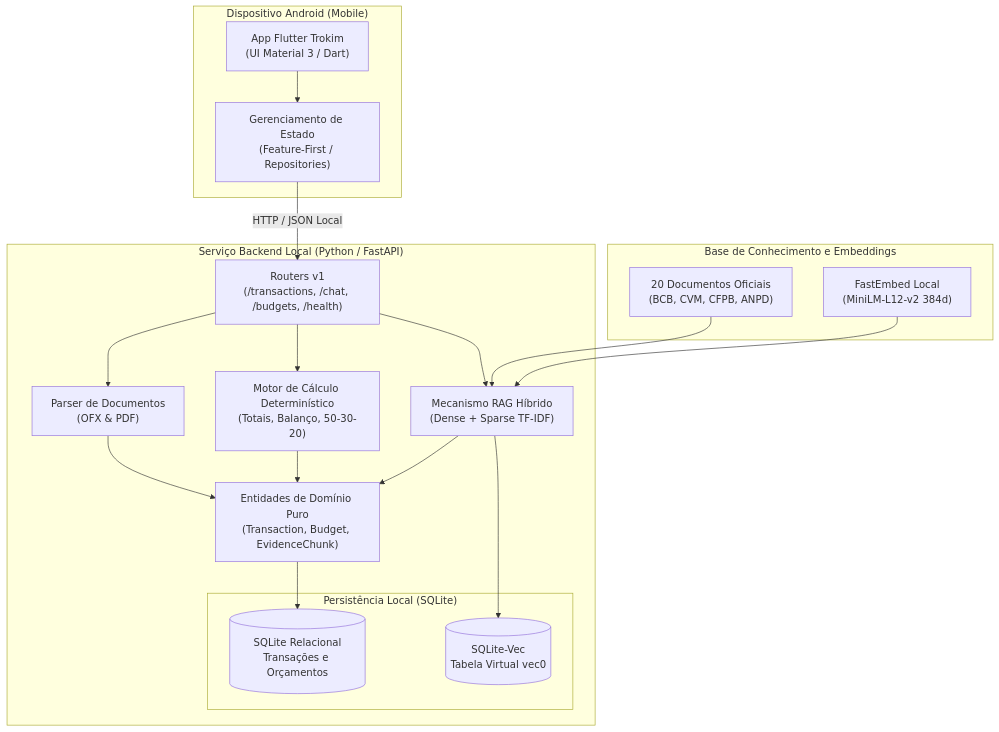
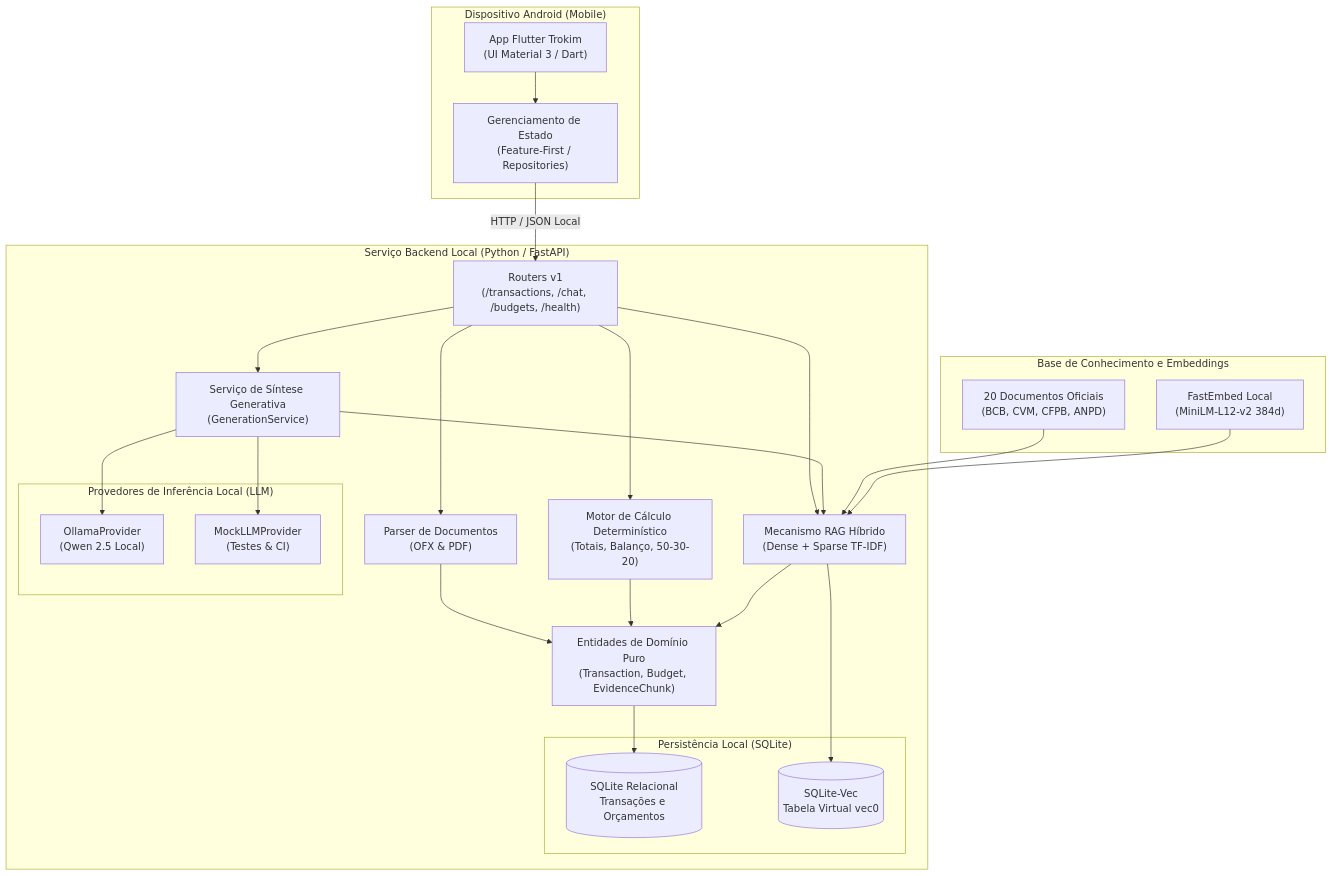
The first of 4 diagrams in docs/arquitetura/mapa-do-sistema.md (moonshinerd/trokim), drawn with Mermaid before and after one commit. The commit also changed other lines of this file and 18 other files, not shown here.

First line of the commit message:
feat(api): camada de sintese generativa com qwen local e endpoint /v1/chat/generate (closes #23)

````diff
--- a/docs/arquitetura/mapa-do-sistema.md
+++ b/docs/arquitetura/mapa-do-sistema.md
@@ -9,44 +9,54 @@
 ```mermaid
 graph TD
     subgraph "Dispositivo Android (Mobile)"
         FlutterApp["App Flutter Trokim<br/>(UI Material 3 / Dart)"]
         StateManagement["Gerenciamento de Estado<br/>(Feature-First / Repositories)"]
         FlutterApp --> StateManagement
     end
 
     subgraph "Serviço Backend Local (Python / FastAPI)"
         APIEntry["Routers v1<br/>(/transactions, /chat, /budgets, /health)"]
         
         Parser["Parser de Documentos<br/>(OFX & PDF)"]
         CalcService["Motor de Cálculo Determinístico<br/>(Totais, Balanço, 50-30-20)"]
         RAGService["Mecanismo RAG Híbrido<br/>(Dense + Sparse TF-IDF)"]
+        GenService["Serviço de Síntese Generativa<br/>(GenerationService)"]
         
         DomainCore["Entidades de Domínio Puro<br/>(Transaction, Budget, EvidenceChunk)"]
         
         subgraph "Persistência Local (SQLite)"
             DB[(SQLite Relacional<br/>Transações e Orçamentos)]
             VecDB[(SQLite-Vec<br/>Tabela Virtual vec0)]
         end
+
+        subgraph "Provedores de Inferência Local (LLM)"
+            OllamaClient["OllamaProvider<br/>(Qwen 2.5 Local)"]
+            MockLLM["MockLLMProvider<br/>(Testes & CI)"]
+        end
         
         APIEntry --> Parser
         APIEntry --> CalcService
         APIEntry --> RAGService
+        APIEntry --> GenService
         
         Parser --> DomainCore
         CalcService --> DomainCore
         RAGService --> DomainCore
+        GenService --> RAGService
+        GenService --> OllamaClient
+        GenService --> MockLLM
         
         DomainCore --> DB
         RAGService --> VecDB
     end
 
     subgraph "Base de Conhecimento e Embeddings"
         KnowledgeBase["20 Documentos Oficiais<br/>(BCB, CVM, CFPB, ANPD)"]
         Embedder["FastEmbed Local<br/>(MiniLM-L12-v2 384d)"]
         
         KnowledgeBase --> RAGService
         Embedder --> RAGService
     end
 
     StateManagement -->|HTTP / JSON Local| APIEntry
 ```
````
